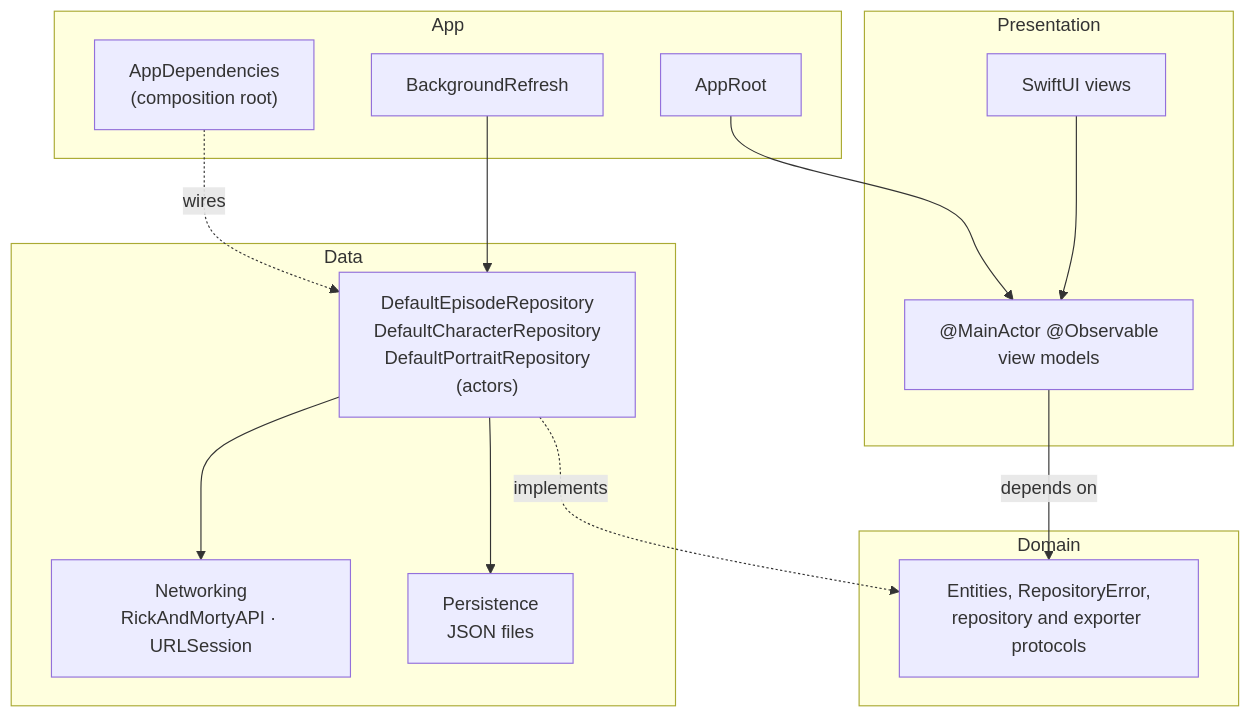
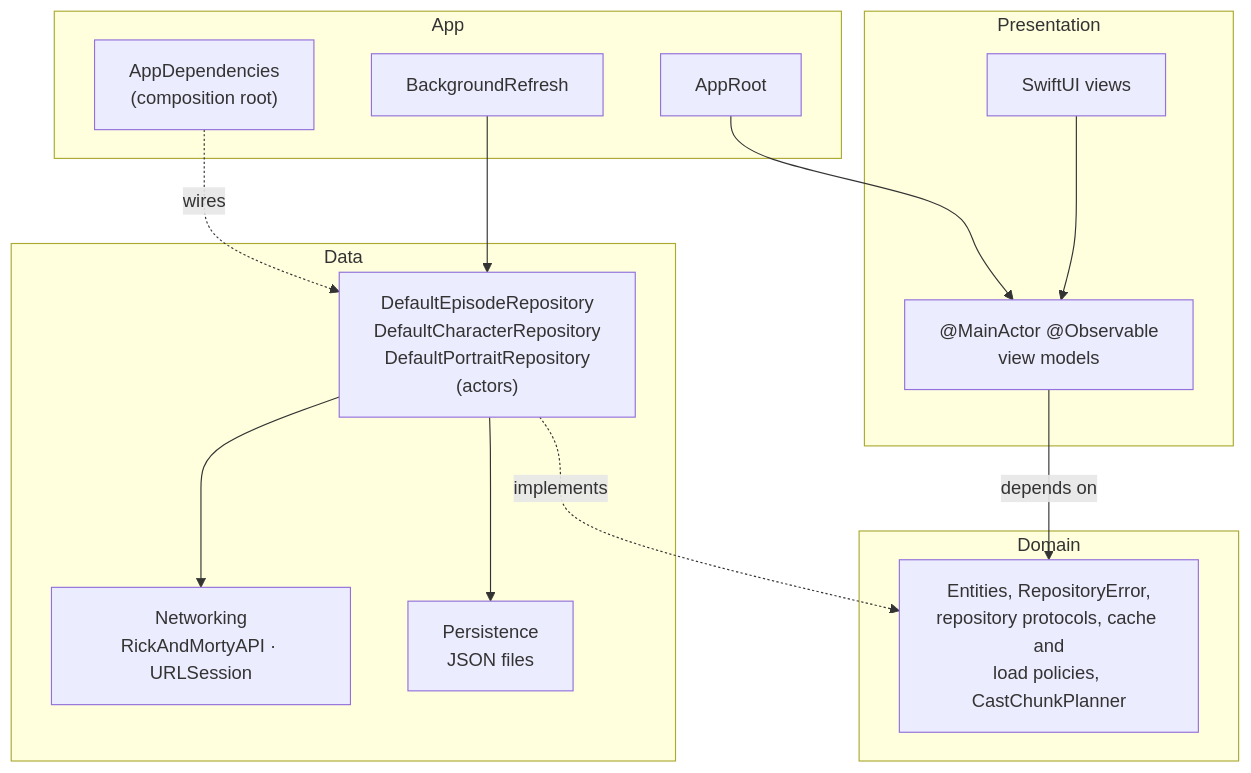
One commit to felixinjapan/rick-and-morty-episodes changed the first of 4 diagrams in docs/architecture.md. Above: the diagram before and after it, drawn with Mermaid. The commit also changed other lines of this file and 32 other files, not shown here.

````diff
--- a/docs/architecture.md
+++ b/docs/architecture.md
@@ -5,27 +5,27 @@
 ```mermaid
 flowchart TD
     subgraph App
         Deps["AppDependencies<br/>(composition root)"]
         Root[AppRoot]
         BG[BackgroundRefresh]
     end
     subgraph Presentation
         Views[SwiftUI views] --> VM["@MainActor @Observable<br/>view models"]
     end
     subgraph Domain
-        Proto["Entities, RepositoryError,<br/>repository and exporter protocols"]
+        Proto["Entities, RepositoryError,<br/>repository protocols, cache and<br/>load policies, CastChunkPlanner"]
     end
     subgraph Data
         Repos["DefaultEpisodeRepository<br/>DefaultCharacterRepository<br/>DefaultPortraitRepository<br/>(actors)"]
         Net["Networking<br/>RickAndMortyAPI · URLSession"]
         Store["Persistence<br/>JSON files"]
     end
 
     Root --> VM
     VM -->|depends on| Proto
     Repos -.->|implements| Proto
     Repos --> Net
     Repos --> Store
     BG --> Repos
     Deps -.->|wires| Repos
 ```
````
